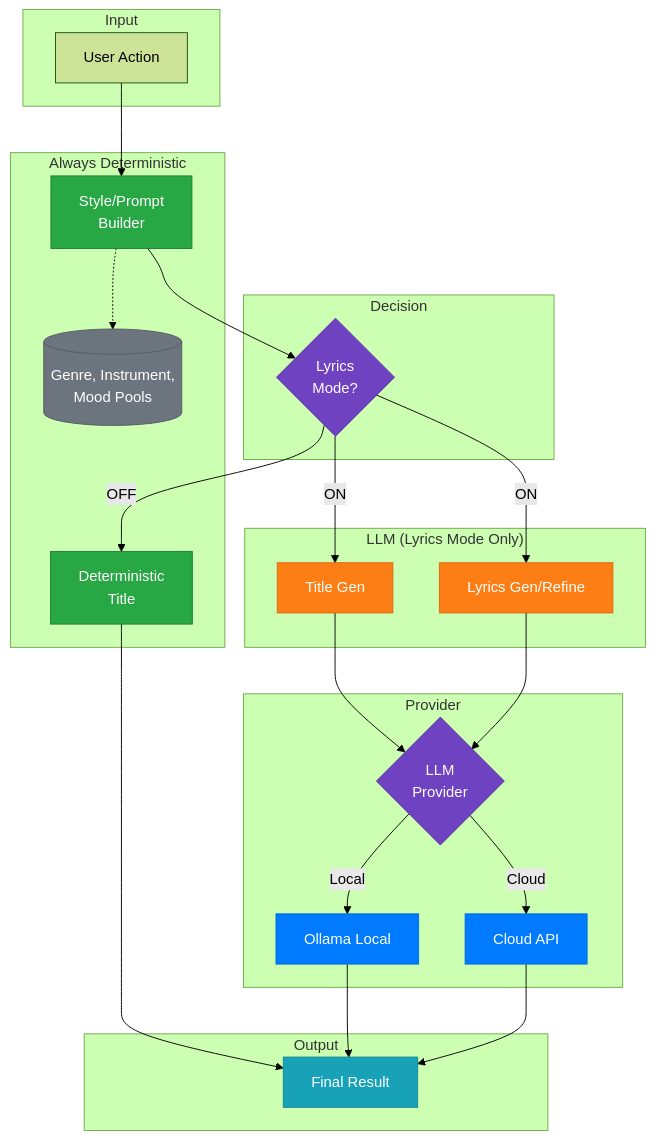
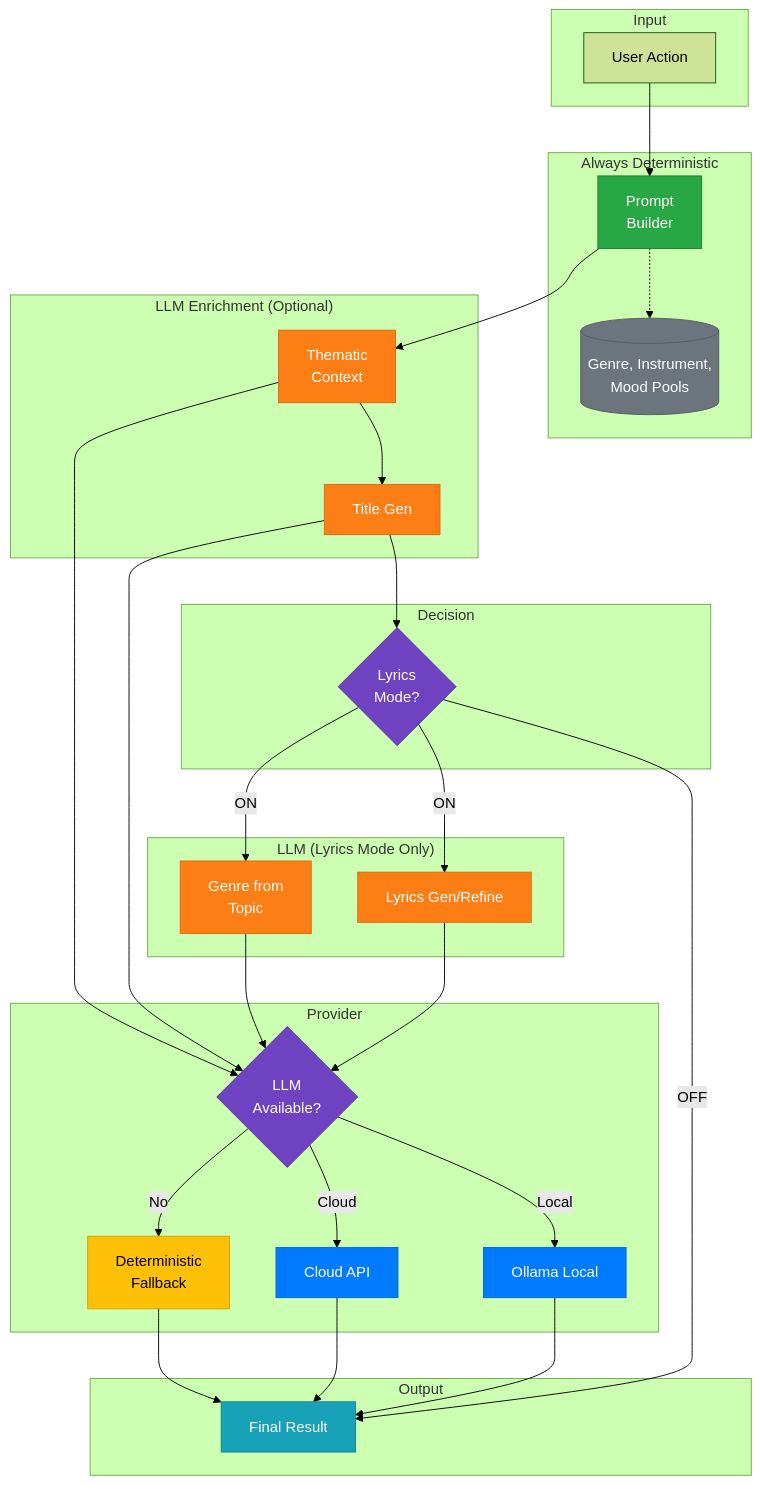
Before and after one commit to ddv1982/suno-prompting: the diagram in README.md, drawn with Mermaid (forest theme). The commit also changed other lines of this file and 16 other files, not shown here.

````diff
--- a/README.md
+++ b/README.md
@@ -502,59 +503,71 @@
 ```mermaid
 flowchart TB
     subgraph Input
         UI[User Action]
     end
 
     subgraph "Always Deterministic"
-        STYLE[Style/Prompt<br/>Builder]
+        PROMPT[Prompt<br/>Builder]
         DATA[(Genre, Instrument,<br/>Mood Pools)]
-        DTITLE[Deterministic<br/>Title]
+    end
+
+    subgraph "LLM Enrichment (Optional)"
+        CONTEXT[Thematic<br/>Context]
+        TITLE[Title Gen]
     end
 
     subgraph Decision
         LYR{Lyrics<br/>Mode?}
     end
 
     subgraph "LLM (Lyrics Mode Only)"
-        LTITLE[Title Gen]
         LYRICS[Lyrics Gen/Refine]
+        GENRE[Genre from<br/>Topic]
     end
 
     subgraph Provider
-        PROV{LLM<br/>Provider}
+        PROV{LLM<br/>Available?}
         OLLAMA[Ollama Local]
         CLOUD[Cloud API]
+        FALLBACK[Deterministic<br/>Fallback]
     end
 
     subgraph Output
         RESULT[Final Result]
     end
 
-    UI --> STYLE
-    STYLE -.-> DATA
-    STYLE --> LYR
-    LYR -->|OFF| DTITLE
-    DTITLE --> RESULT
-    LYR -->|ON| LTITLE
+    UI --> PROMPT
+    PROMPT -.-> DATA
+    PROMPT --> CONTEXT
+    CONTEXT --> TITLE
+    TITLE --> LYR
+    LYR -->|OFF| RESULT
     LYR -->|ON| LYRICS
-    LTITLE --> PROV
+    LYR -->|ON| GENRE
+    CONTEXT --> PROV
+    TITLE --> PROV
     LYRICS --> PROV
+    GENRE --> PROV
     PROV -->|Local| OLLAMA
     PROV -->|Cloud| CLOUD
+    PROV -->|No| FALLBACK
     OLLAMA --> RESULT
     CLOUD --> RESULT
+    FALLBACK --> RESULT
 
     classDef det fill:#28a745,stroke:#1e7e34,color:#fff
     classDef ai fill:#fd7e14,stroke:#dc6a12,color:#fff
     classDef data fill:#6c757d,stroke:#545b62,color:#fff
     classDef provider fill:#007bff,stroke:#0069d9,color:#fff
     classDef output fill:#17a2b8,stroke:#138496,color:#fff
     classDef decision fill:#6f42c1,stroke:#5a32a3,color:#fff
+    classDef fallback fill:#ffc107,stroke:#d39e00,color:#000
 
-    class STYLE,DTITLE det
-    class LTITLE,LYRICS ai
+    class PROMPT det
+    class CONTEXT,TITLE,LYRICS,GENRE ai
     class DATA data
     class OLLAMA,CLOUD provider
     class PROV,LYR decision
     class RESULT output
+    class FALLBACK fallback
 ```
````
